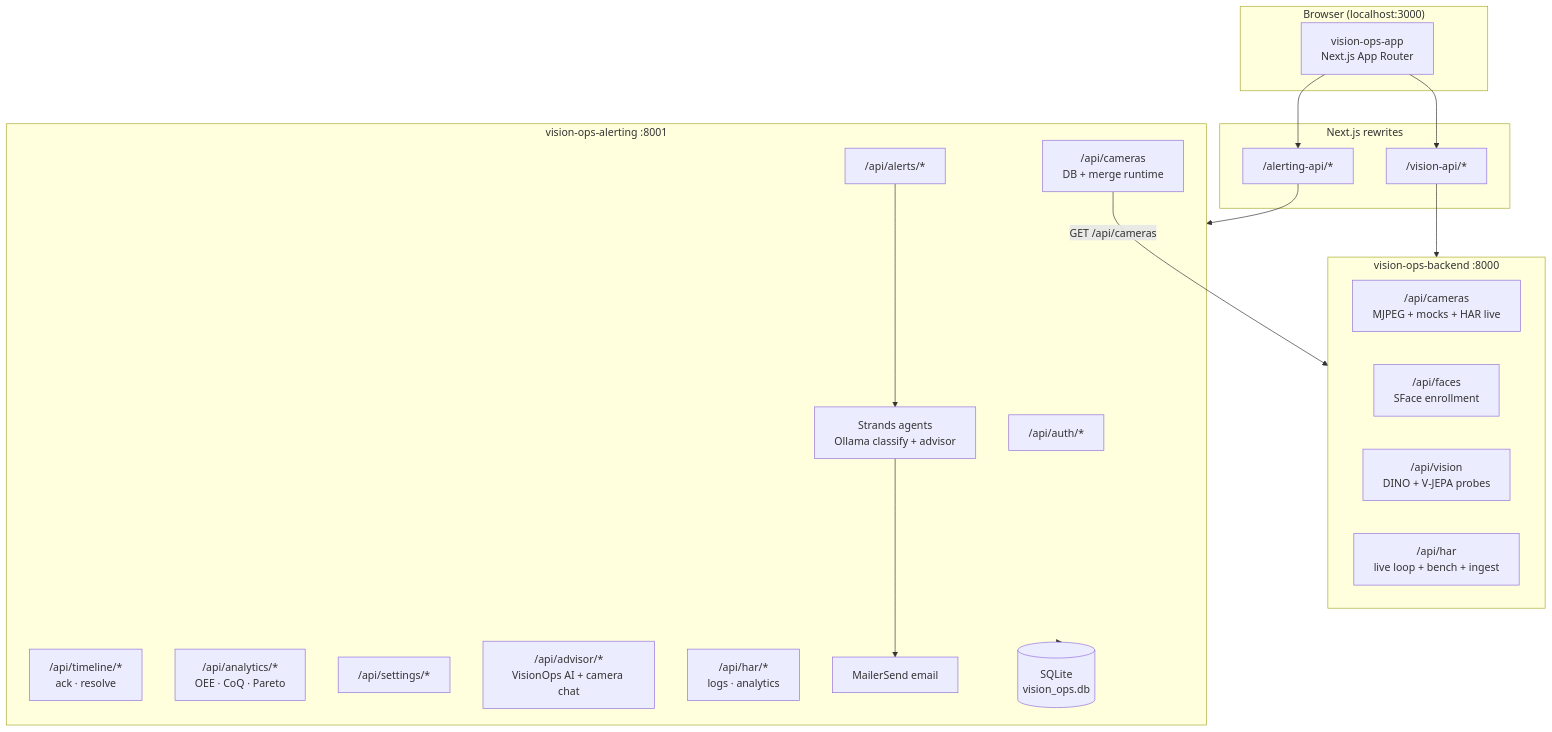
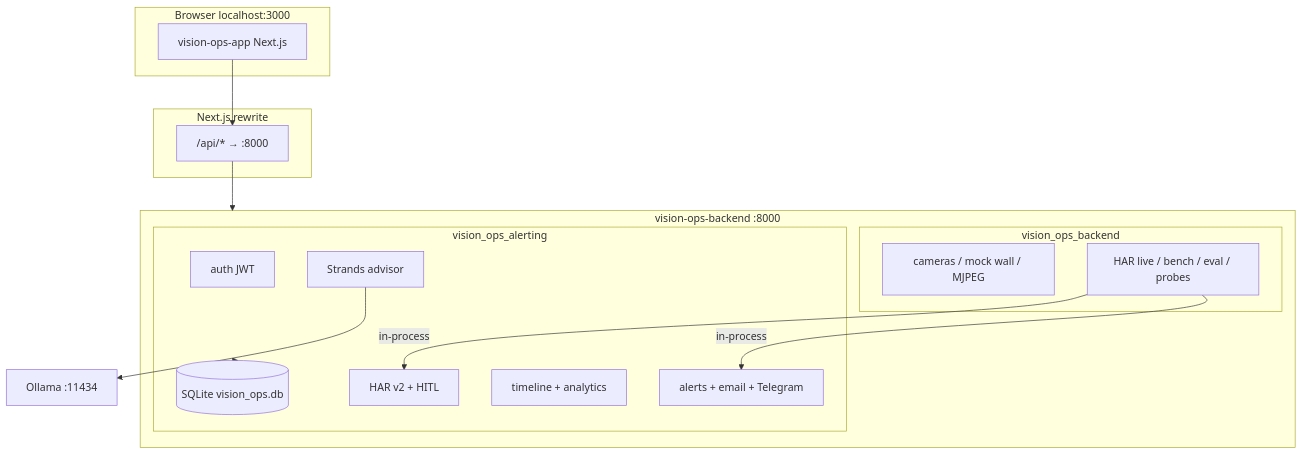
Before and after one commit to CarlosdelCastillo-Rey/AI-Co-Pilot-for-the-Production-Floor-See-Guide-Improve: the second of 6 diagrams in README.md, drawn with Mermaid. The commit also changed other lines of this file and 305 other files, not shown here.

````diff
--- a/README.md
+++ b/README.md
@@ -181,41 +220,31 @@
 ```mermaid
 flowchart TB
-    subgraph Browser["Browser (localhost:3000)"]
-        UI["vision-ops-app<br/>Next.js App Router"]
+    subgraph Browser["Browser localhost:3000"]
+        UI["vision-ops-app Next.js"]
     end
 
-    subgraph Proxies["Next.js rewrites"]
-        VP["/vision-api/*"]
-        AP["/alerting-api/*"]
+    subgraph Proxy["Next.js rewrite"]
+        API["/api/* → :8000"]
     end
 
-    subgraph Backend8000["vision-ops-backend :8000"]
-        CAM["/api/cameras<br/>MJPEG + mocks + HAR live"]
-        FACE["/api/faces<br/>SFace enrollment"]
-        VIS["/api/vision<br/>DINO + V-JEPA probes"]
-        HAR["/api/har<br/>live loop + bench + ingest"]
+    subgraph Unified8000["vision-ops-backend :8000"]
+        subgraph Vision["vision_ops_backend"]
+            CAM["cameras / mock wall / MJPEG"]
+            HARINF["HAR live / bench / eval / probes"]
+        end
+        subgraph OpsPkg["vision_ops_alerting"]
+            AUTH["auth JWT"]
+            DB[("SQLite vision_ops.db")]
+            RULES["alerts + email + Telegram"]
+            TL["timeline + analytics"]
+            HITL["HAR v2 + HITL"]
+            ADV["Strands advisor"]
+        end
+        HARINF -->|"in-process"| HITL
+        HARINF -->|"in-process"| RULES
     end
 
-    subgraph Alerting8001["vision-ops-alerting :8001"]
-        AUTH["/api/auth/*"]
-        RULES["/api/alerts/*"]
-        TL["/api/timeline/*<br/>ack · resolve"]
-        AN["/api/analytics/*<br/>OEE · CoQ · Pareto"]
-        SET["/api/settings/*"]
-        ADV["/api/advisor/*<br/>VisionOps AI + camera chat"]
-        HARAPI["/api/har/*<br/>logs · analytics"]
-        DB_CAM["/api/cameras<br/>DB + merge runtime"]
-        AGENT["Strands agents<br/>Ollama classify + advisor"]
-        MS["MailerSend email"]
-        SQLITE[("SQLite<br/>vision_ops.db")]
-    end
-
-    UI --> VP
-    UI --> AP
-    VP --> Backend8000
-    AP --> Alerting8001
-    DB_CAM -->|"GET /api/cameras"| Backend8000
-    Alerting8001 --> SQLITE
-    AGENT --> MS
-    RULES --> AGENT
+    UI --> API --> Unified8000
+    OpsPkg --> DB
+    ADV --> Ollama["Ollama :11434"]
 ```
````
